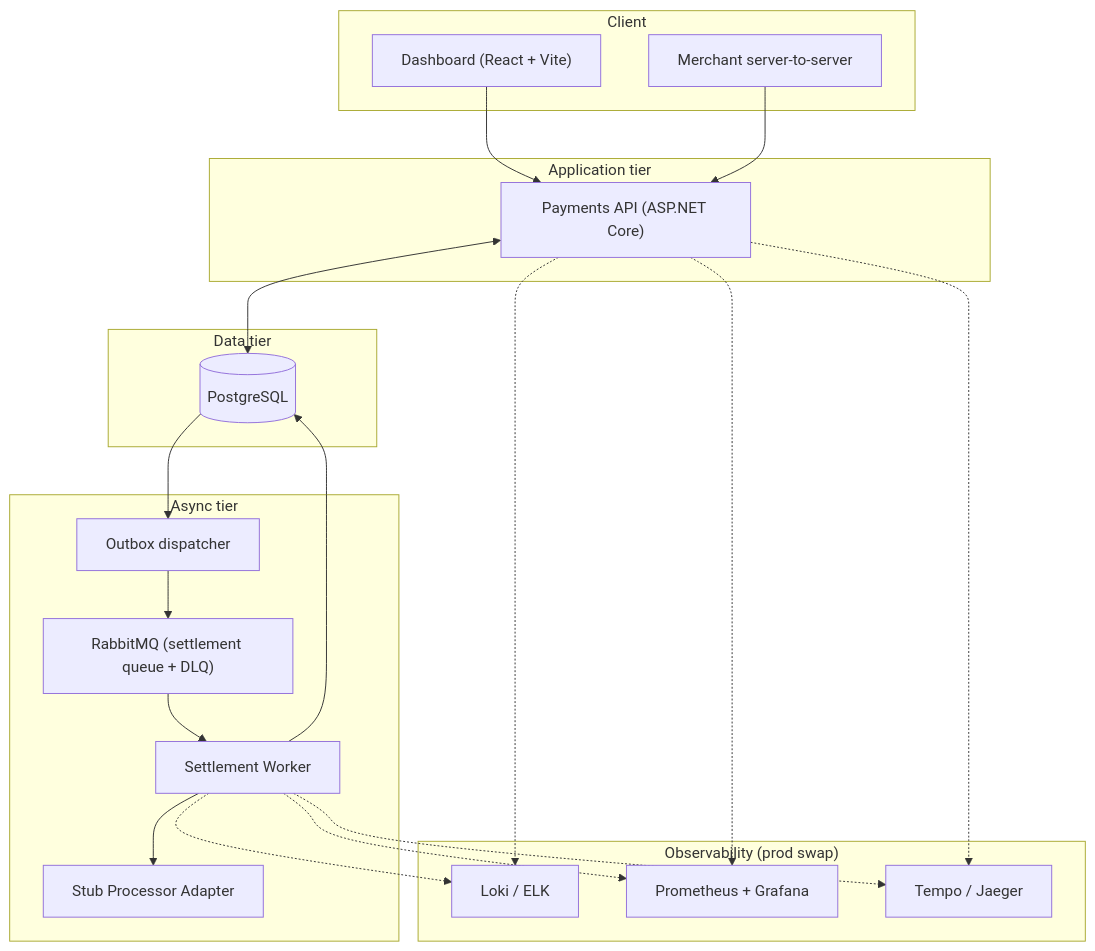
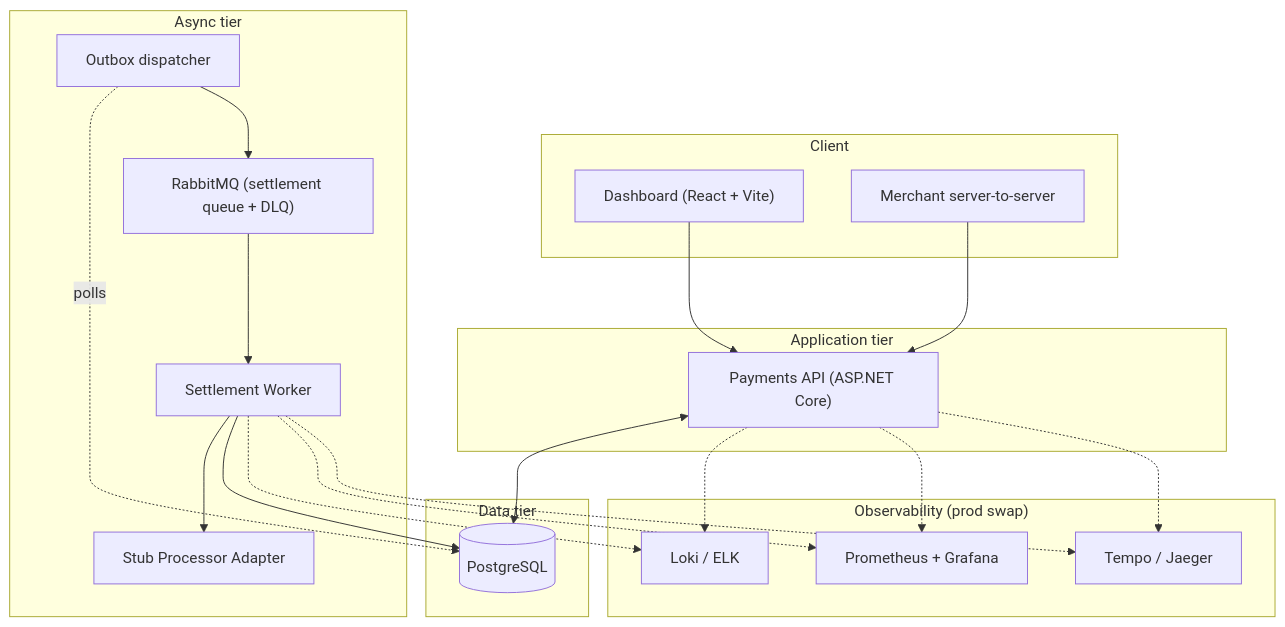
One commit to EvanBrianGarcia/Argyle---Payment-Processing-Platform changed the diagram in README.md. Above: the diagram before and after it, drawn with Mermaid.

Commit message:
docs: fix architecture diagram — dispatcher polls Postgres
PG --> Outbox read like Postgres pushes rows at the dispatcher,
which is backwards. The OutboxDispatcher BackgroundService polls
payment_outbox every 2s for rows where dispatched_at IS NULL.
Flip the arrow to Outbox -.->|polls| PG so direction and intent
match the implementation.

````diff
--- a/README.md
+++ b/README.md
@@ -111,43 +111,43 @@
 ```mermaid
 flowchart TB
     subgraph Client
       Browser["Dashboard (React + Vite)"]
       MerchantAPI["Merchant server-to-server"]
     end
 
     subgraph App["Application tier"]
       API["Payments API (ASP.NET Core)"]
     end
 
     subgraph Data["Data tier"]
       PG[("PostgreSQL")]
     end
 
     subgraph Async["Async tier"]
       Outbox["Outbox dispatcher"]
       MQ["RabbitMQ (settlement queue + DLQ)"]
       Worker["Settlement Worker"]
       Stub["Stub Processor Adapter"]
     end
 
     subgraph Obs["Observability (prod swap)"]
       Logs["Loki / ELK"]
       Metrics["Prometheus + Grafana"]
       Traces["Tempo / Jaeger"]
     end
 
     Browser --> API
     MerchantAPI --> API
     API <--> PG
-    PG --> Outbox
+    Outbox -.->|polls| PG
     Outbox --> MQ
     MQ --> Worker
     Worker --> Stub
     Worker --> PG
     API -.-> Logs
     Worker -.-> Logs
     API -.-> Metrics
     Worker -.-> Metrics
     API -.-> Traces
     Worker -.-> Traces
 ```
````
